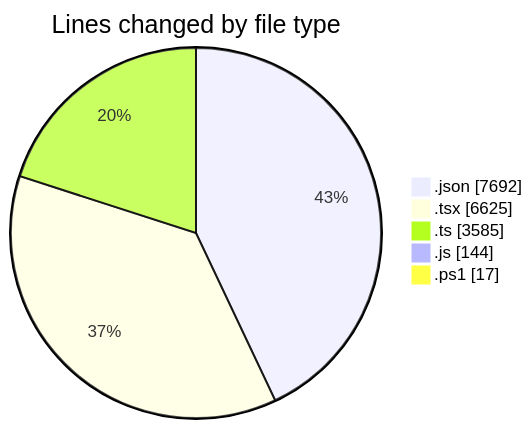
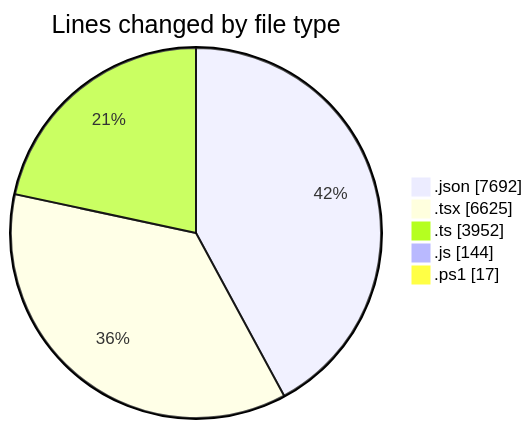
Before and after one commit to CELIANVF/code-tracking: the first of 2 diagrams in 2025-06-10/ecodeli-1/README.md, drawn with Mermaid. The commit also changed other lines of this file and 1 other file, not shown here.

````diff
--- a/2025-06-10/ecodeli-1/README.md
+++ b/2025-06-10/ecodeli-1/README.md
@@ -52,9 +54,9 @@
 ```mermaid
 pie showData
 title Lines changed by file type
 ".json" : 7692
 ".tsx" : 6625
-".ts" : 3585
+".ts" : 3952
 ".js" : 144
 ".ps1" : 17
 ```
````
